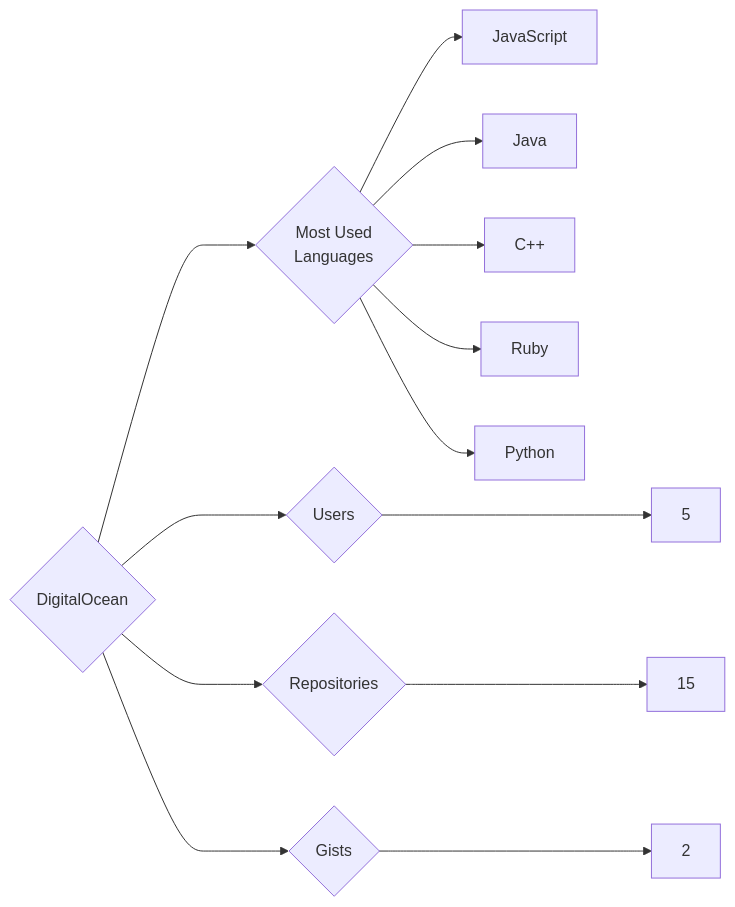
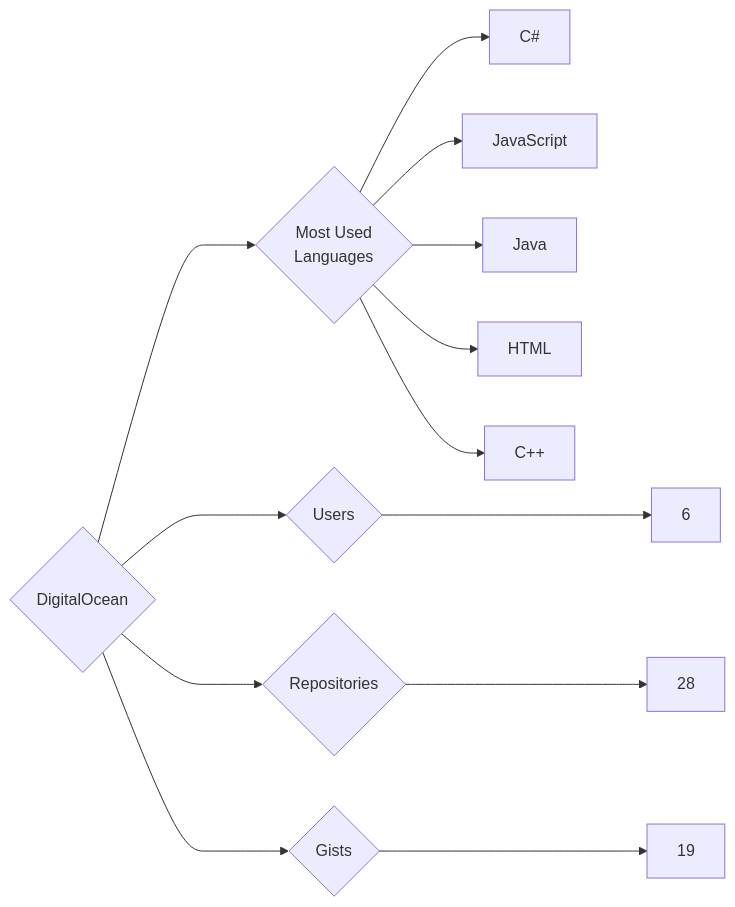
One commit to trickest/insiders changed the diagram in targets/DigitalOcean/README.md. Above: the diagram before and after it, drawn with Mermaid. The commit also changed 942 other files, not shown here.

````diff
--- a/targets/DigitalOcean/README.md
+++ b/targets/DigitalOcean/README.md
@@ -3,13 +3,13 @@
 ```mermaid
 graph LR
 COMPANY_NAME{DigitalOcean}
-COMPANY_NAME ---> U{Users} ---> UN[5]
-COMPANY_NAME ---> R{Repositories} ---> RN[15]
-COMPANY_NAME ---> G{Gists} ---> GN[2]
+COMPANY_NAME ---> U{Users} ---> UN[6]
+COMPANY_NAME ---> R{Repositories} ---> RN[28]
+COMPANY_NAME ---> G{Gists} ---> GN[19]
 COMPANY_NAME ---> ML{Most Used<br>Languages}
+ML --> C#[C#]
 ML --> JavaScript[JavaScript]
 ML --> Java[Java]
+ML --> HTML[HTML]
 ML --> C++[C++]
-ML --> Ruby[Ruby]
-ML --> Python[Python]
 ```
````
